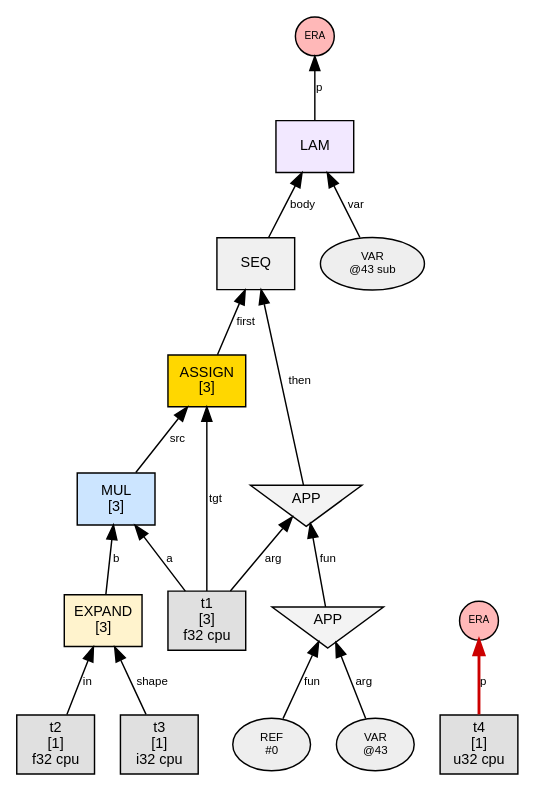
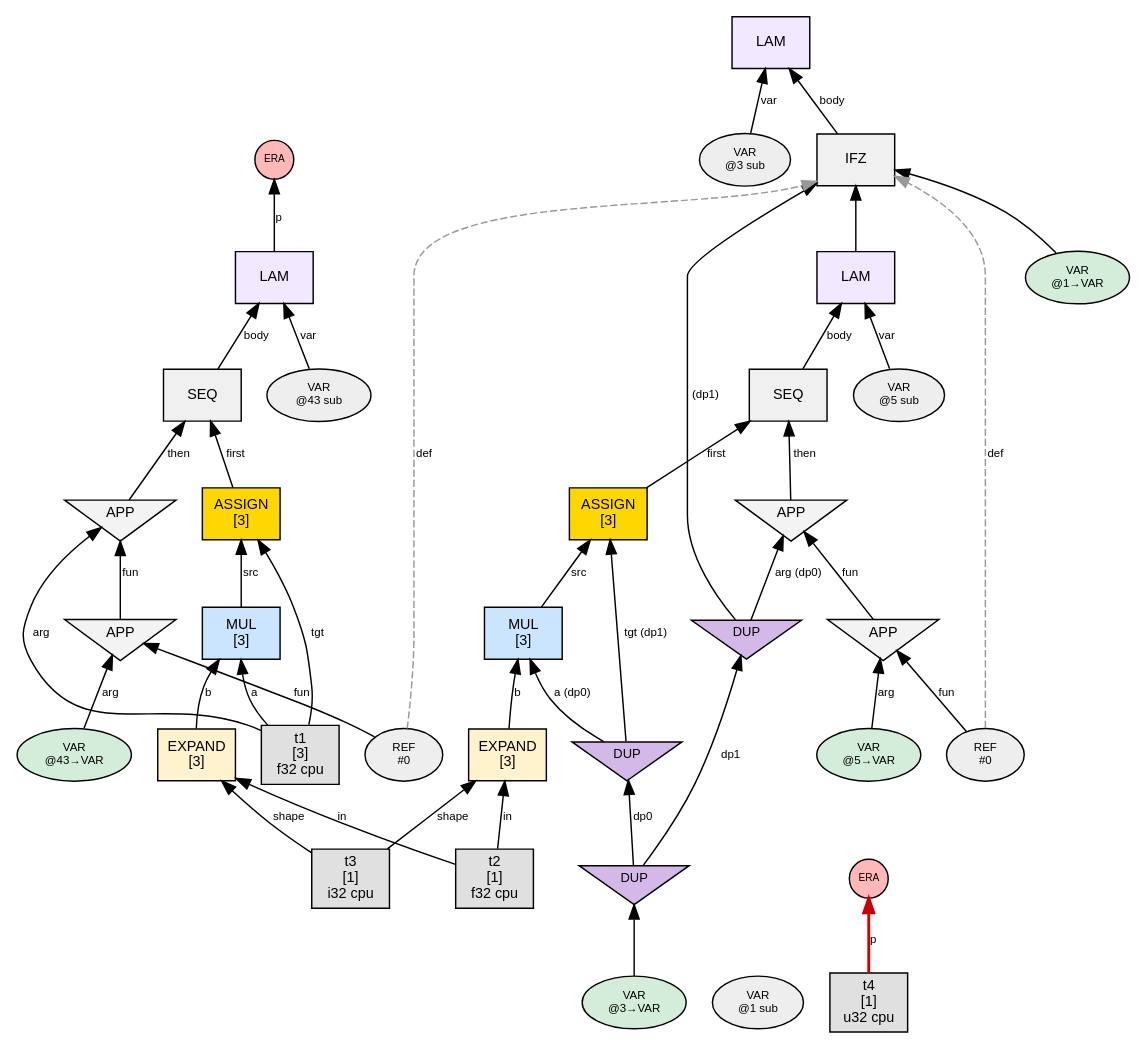
The diagram in phase1_graphs/loop_assign_simple/n0_steps/step_009_interact_DP1.dot (sw1sh/TinyHVM), drawn with Graphviz before and after one commit. The commit also changed 101 other files, not shown here.

First line of the commit message:
fix: show definition body + resolved VARs in step graphs

```diff
--- a/phase1_graphs/loop_assign_simple/n0_steps/step_009_interact_DP1.dot
+++ b/phase1_graphs/loop_assign_simple/n0_steps/step_009_interact_DP1.dot
@@ -1,40 +1,83 @@
 digraph G {
   // PREV_INTERACTION: interact_DP1
   // NEXT_INTERACTION: interact_era_on_TEN
   rankdir=BT;
   node [fontname="Helvetica", fontsize=10, style=filled, shape=box, margin="0.1,0.05"];
   edge [fontsize=8, fontname="Helvetica"];
 
   t1 [label="t1\n[3]\nf32 cpu",shape=box,fillcolor="#e0e0e0"];
+  var1 [label="VAR\n@1 sub", shape=oval, fillcolor="#eeeeee", fontsize=8];
+  n3 [label="LAM", shape=box, fillcolor="#f2e8ff"];
+  var3 [label="VAR\n@3 sub", shape=oval, fillcolor="#eeeeee", fontsize=8];
+  var3 -> n3 [label="var"];
+  n26 -> n3 [label="body"];
+  n26 [label="IFZ", shape=box, fillcolor="#f0f0f0"];
+  var26 [label="VAR\n@1→VAR", shape=oval, fillcolor="#d4edda", fontsize=8];
+  var26 -> n26 [label=""];
+  dup9 [label="DUP", shape=invtriangle, fillcolor="#d4b8e8", fontsize=9, width=0.7, height=0.5];
+  dup7 -> dup9 [label="dp1"];
+  dup7 [label="DUP", shape=invtriangle, fillcolor="#d4b8e8", fontsize=9, width=0.7, height=0.5];
+  var7 [label="VAR\n@3→VAR", shape=oval, fillcolor="#d4edda", fontsize=8];
+  var7 -> dup7;
+  dup9 -> n26 [label=" (dp1)"];
+  n5 -> n26 [label=""];
+  var5 [label="VAR\n@5 sub", shape=oval, fillcolor="#eeeeee", fontsize=8];
+  n24 [label="SEQ", shape=box, fillcolor="#f0f0f0"];
+  n18 -> n24 [label="first"];
+  n22 -> n24 [label="then"];
+  n10 [label="EXPAND\n[3]", shape=box, fillcolor="#fff3cd"];
+  t2 [label="t2\n[1]\nf32 cpu",shape=box,fillcolor="#e0e0e0"];
+  t2 -> n10 [label="in"];
+  t3 [label="t3\n[1]\ni32 cpu",shape=box,fillcolor="#e0e0e0"];
+  t3 -> n10 [label="shape"];
+  n14 [label="MUL\n[3]", shape=box, fillcolor="#cce5ff"];
+  dup8 [label="DUP", shape=invtriangle, fillcolor="#d4b8e8", fontsize=9, width=0.7, height=0.5];
+  dup7 -> dup8 [label="dp0"];
+  dup8 -> n14 [label="a (dp0)"];
+  n10 -> n14 [label="b"];
+  ref20 [label="REF\n#0", shape=oval, fillcolor="#eeeeee", fontsize=8];
+  ref20 -> n26 [style=dashed, color="#999999", label="def"];
+  n20 [label="APP", shape=invtriangle, fillcolor="#f3f3f3"];
+  ref20 -> n20 [label="fun"];
+  var21 [label="VAR\n@5→VAR", shape=oval, fillcolor="#d4edda", fontsize=8];
+  var21 -> n20 [label="arg"];
+  n18 [label="ASSIGN\n[3]", shape=box, fillcolor="#ffd700"];
+  dup8 -> n18 [label="tgt (dp1)"];
+  n14 -> n18 [label="src"];
+  n22 [label="APP", shape=invtriangle, fillcolor="#f3f3f3"];
+  n20 -> n22 [label="fun"];
+  dup9 -> n22 [label="arg (dp0)"];
+  n5 [label="LAM", shape=box, fillcolor="#f2e8ff"];
+  var5 -> n5 [label="var"];
+  n24 -> n5 [label="body"];
   n43 [label="LAM", shape=box, fillcolor="#f2e8ff"];
   var43 [label="VAR\n@43 sub", shape=oval, fillcolor="#eeeeee", fontsize=8];
   var43 -> n43 [label="var"];
   n45 -> n43 [label="body"];
   n45 [label="SEQ", shape=box, fillcolor="#f0f0f0"];
   n47 -> n45 [label="first"];
   n54 -> n45 [label="then"];
   n47 [label="ASSIGN\n[3]", shape=box, fillcolor="#ffd700"];
   t1 -> n47 [label="tgt"];
   n50 -> n47 [label="src"];
   n54 [label="APP", shape=invtriangle, fillcolor="#f3f3f3"];
   n56 -> n54 [label="fun"];
   t1 -> n54 [label="arg"];
   n50 [label="MUL\n[3]", shape=box, fillcolor="#cce5ff"];
   t1 -> n50 [label="a"];
   n52 -> n50 [label="b"];
   n52 [label="EXPAND\n[3]", shape=box, fillcolor="#fff3cd"];
-  t2 [label="t2\n[1]\nf32 cpu",shape=box,fillcolor="#e0e0e0"];
   t2 -> n52 [label="in"];
-  t3 [label="t3\n[1]\ni32 cpu",shape=box,fillcolor="#e0e0e0"];
   t3 -> n52 [label="shape"];
   n56 [label="APP", shape=invtriangle, fillcolor="#f3f3f3"];
   ref56 [label="REF\n#0", shape=oval, fillcolor="#eeeeee", fontsize=8];
   ref56 -> n56 [label="fun"];
-  var57 [label="VAR\n@43", shape=oval, fillcolor="#eeeeee", fontsize=8];
+  var57 [label="VAR\n@43→VAR", shape=oval, fillcolor="#d4edda", fontsize=8];
   var57 -> n56 [label="arg"];
+  ref56 -> n26 [style=dashed, color="#999999", label="def"];
   era59 [label="ERA",shape=circle,width=0.38,height=0.38,fixedsize=true,fillcolor="#ffb8b8",fontsize=7];
   t4 [label="t4\n[1]\nu32 cpu",shape=box,fillcolor="#e0e0e0"];
   t4 -> era59 [label="p",color="#cc0000",penwidth=2.0];
   era61 [label="ERA",shape=circle,width=0.38,height=0.38,fixedsize=true,fillcolor="#ffb8b8",fontsize=7];
   n43 -> era61 [label="p"];
 }
```
